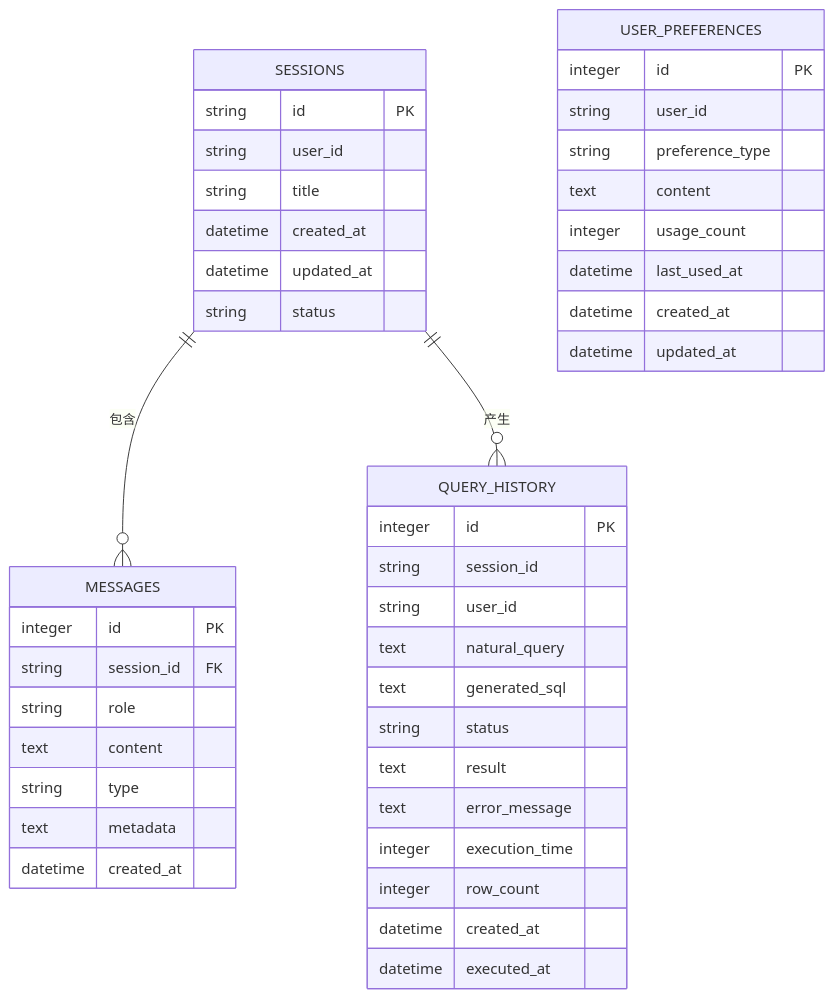
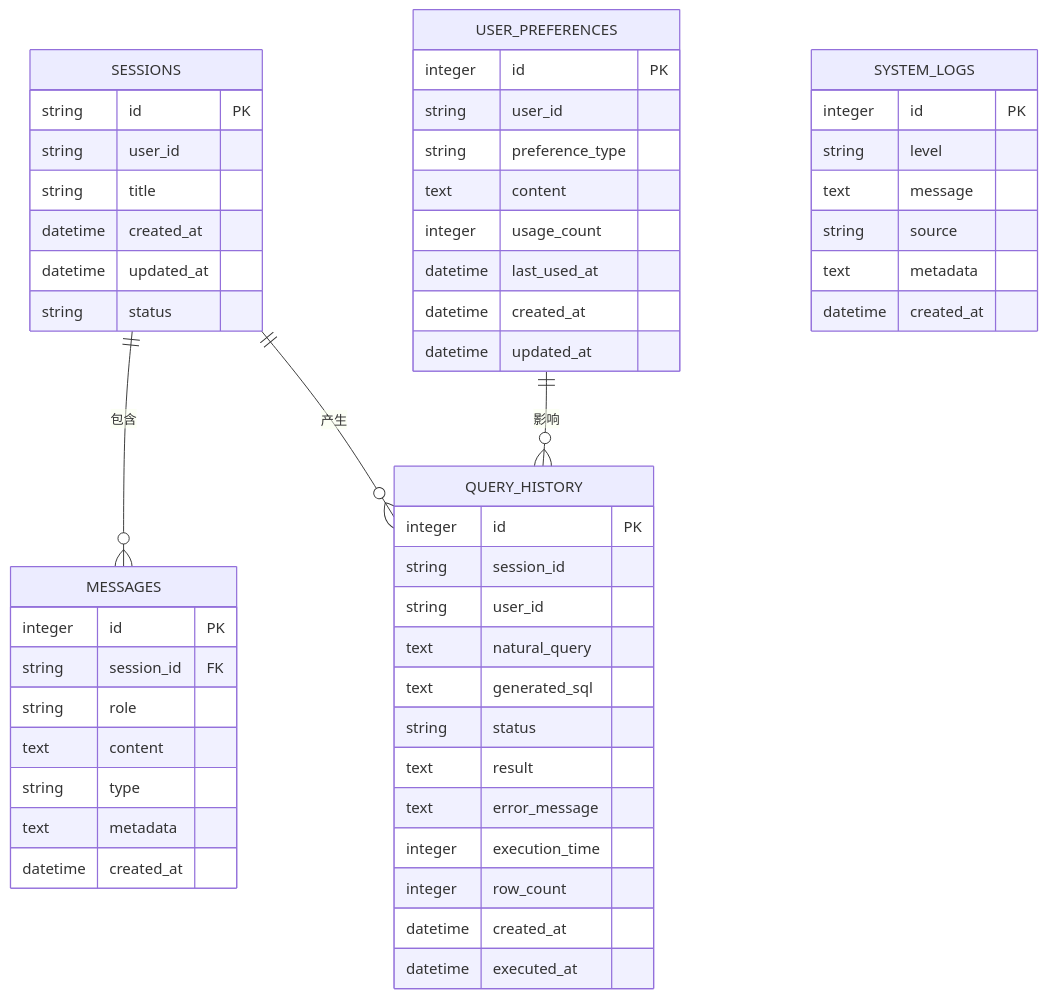
One commit to HanHuiOnLine/724-office changed the fifth of 12 diagrams in .qoder/repowiki/zh/content/API参考/NL2SQL API参考.md. Above: the diagram before and after it, drawn with Mermaid. The commit also changed other lines of this file and 14 other files, not shown here.

Commit message:
优化意图识别

````diff
--- a/.qoder/repowiki/zh/content/API参考/NL2SQL API参考.md
+++ b/.qoder/repowiki/zh/content/API参考/NL2SQL API参考.md
@@ -292,46 +330,55 @@
 ```mermaid
 erDiagram
 SESSIONS {
 string id PK
 string user_id
 string title
 datetime created_at
 datetime updated_at
 string status
 }
 MESSAGES {
 integer id PK
 string session_id FK
 string role
 text content
 string type
 text metadata
 datetime created_at
 }
 QUERY_HISTORY {
 integer id PK
 string session_id
 string user_id
 text natural_query
 text generated_sql
 string status
 text result
 text error_message
 integer execution_time
 integer row_count
 datetime created_at
 datetime executed_at
 }
 USER_PREFERENCES {
 integer id PK
 string user_id
 string preference_type
 text content
 integer usage_count
 datetime last_used_at
 datetime created_at
 datetime updated_at
 }
+SYSTEM_LOGS {
+integer id PK
+string level
+text message
+string source
+text metadata
+datetime created_at
+}
 SESSIONS ||--o{ MESSAGES : "包含"
 SESSIONS ||--o{ QUERY_HISTORY : "产生"
+USER_PREFERENCES ||--o{ QUERY_HISTORY : "影响"
 ```
````
